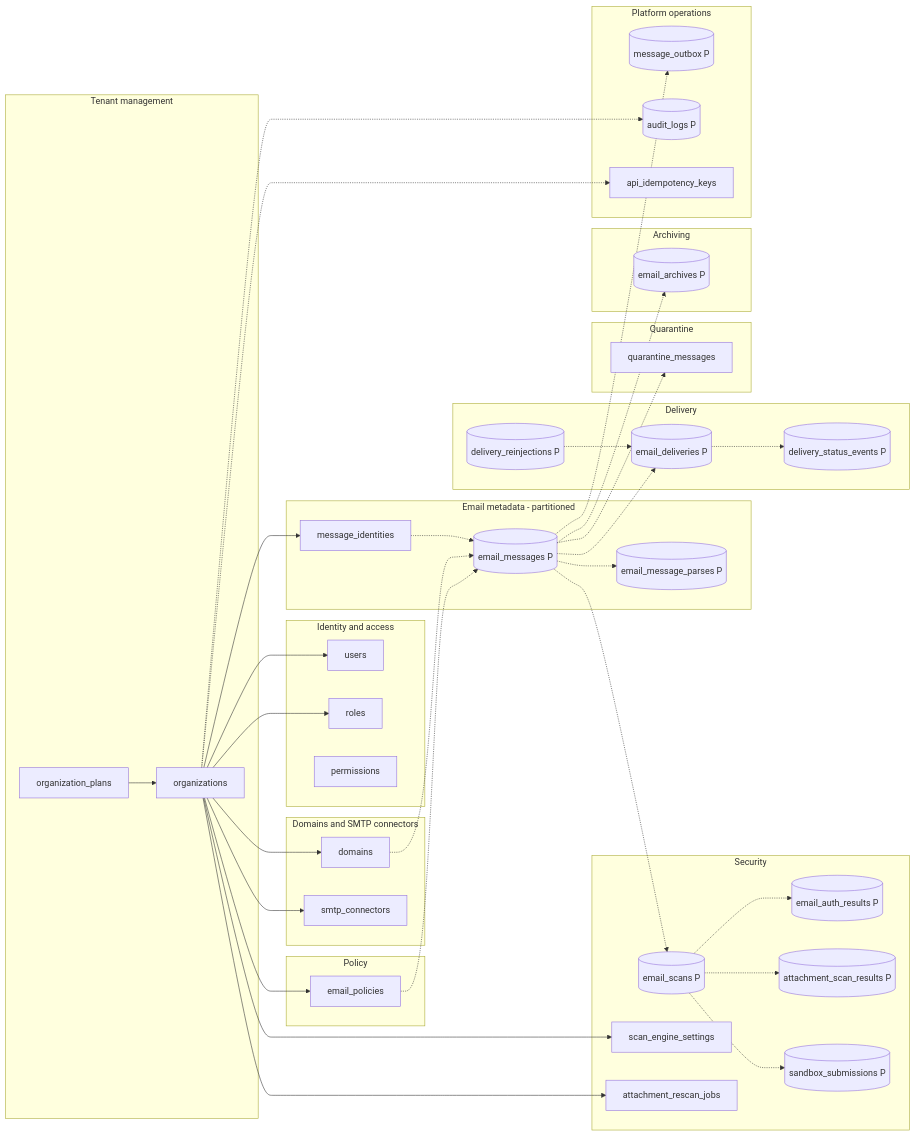
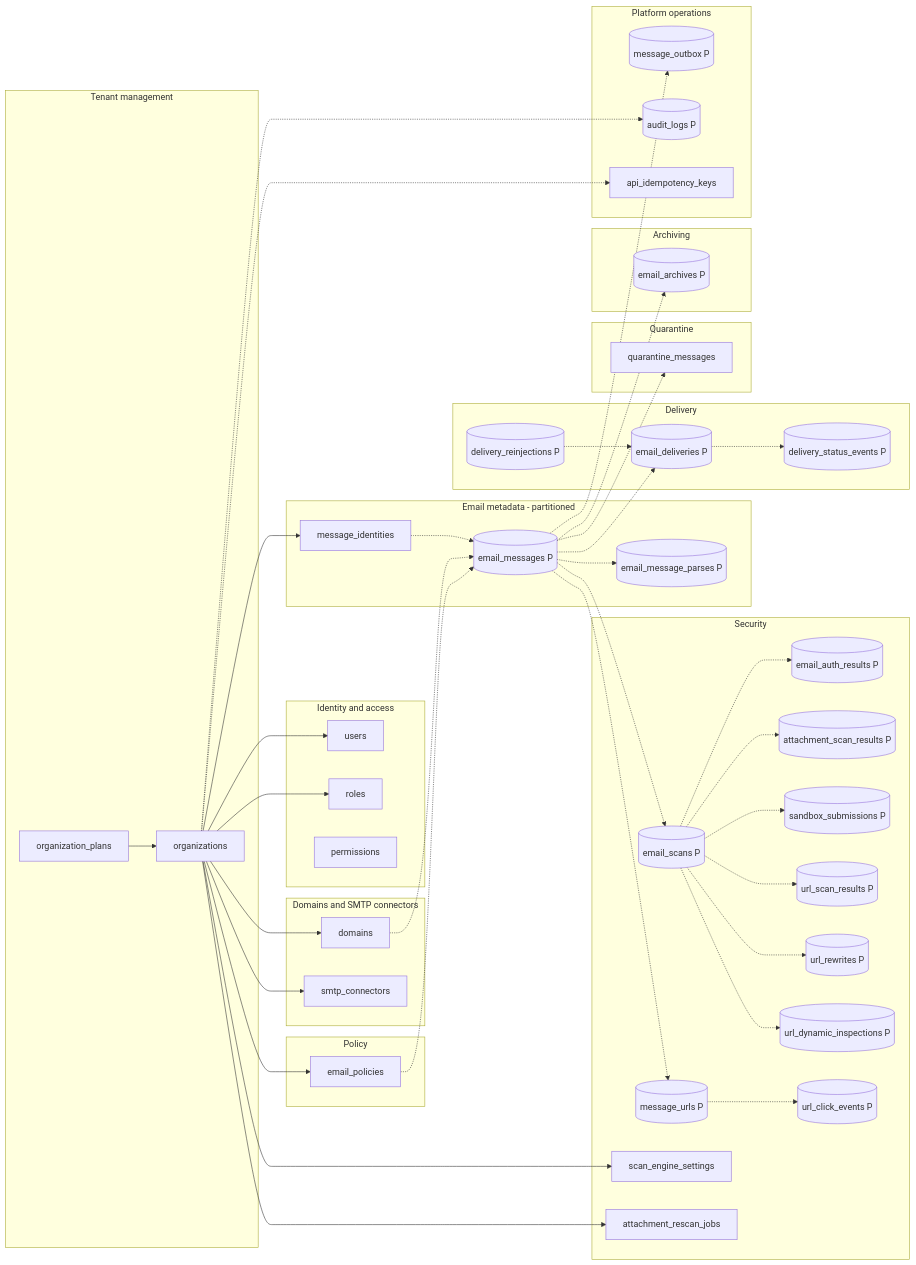
One commit to mnnitsarvesh-ai/email-gateway changed the first of 11 diagrams in docs/database/er-diagram.md. Above: the diagram before and after it, drawn with Mermaid. The commit also changed other lines of this file and 314 other files, not shown here.

```diff
--- a/docs/database/er-diagram.md
+++ b/docs/database/er-diagram.md
@@ -36,6 +36,11 @@
     email_auth_results[(email_auth_results P)]
     attachment_scan_results[(attachment_scan_results P)]
     sandbox_submissions[(sandbox_submissions P)]
+    message_urls[(message_urls P)]
+    url_scan_results[(url_scan_results P)]
+    url_rewrites[(url_rewrites P)]
+    url_dynamic_inspections[(url_dynamic_inspections P)]
+    url_click_events[(url_click_events P)]
     scan_engine_settings
     attachment_rescan_jobs
   end
@@ -72,6 +77,11 @@
   email_scans -.-> email_auth_results
   email_scans -.-> attachment_scan_results
   email_scans -.-> sandbox_submissions
+  email_messages -.-> message_urls
+  email_scans -.-> url_scan_results
+  email_scans -.-> url_rewrites
+  email_scans -.-> url_dynamic_inspections
+  message_urls -.-> url_click_events
   organizations --> scan_engine_settings
   organizations --> attachment_rescan_jobs
   email_messages -.-> email_deliveries
```
